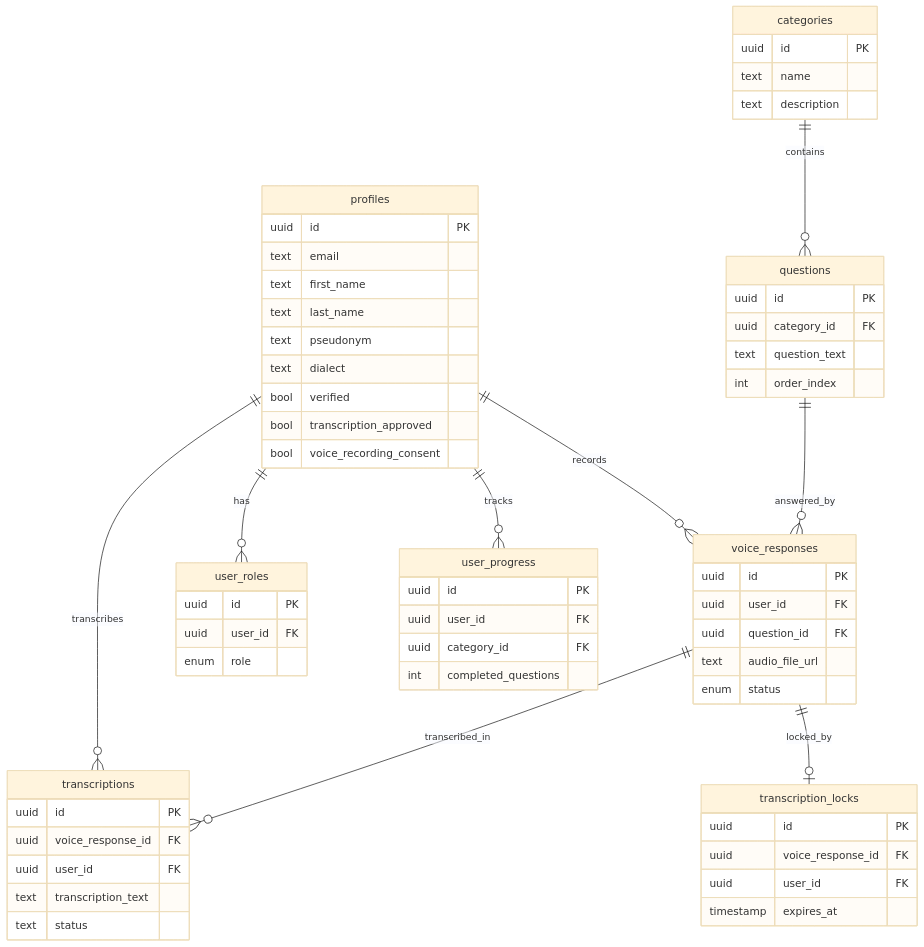
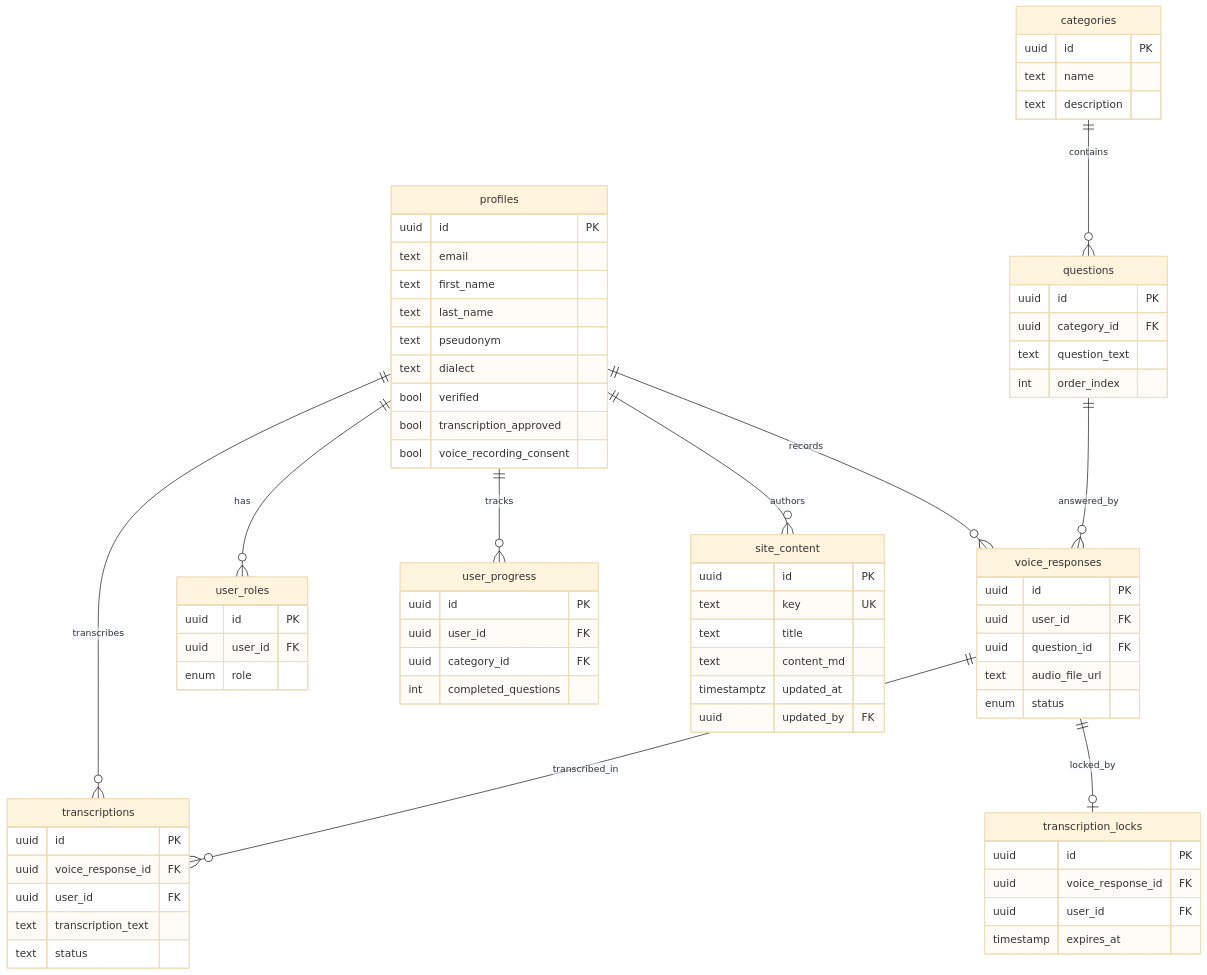
One commit to DeKUT-DSAIL/JasinaHub changed the second of 7 diagrams in README.md. Above: the diagram before and after it, drawn with Mermaid (base theme). The commit also changed other lines of this file and 13 other files, not shown here.

```diff
--- a/README.md
+++ b/README.md
@@ -351,6 +383,17 @@
   profiles ||--o{ transcriptions : "transcribes"
   profiles ||--o{ user_roles : "has"
   profiles ||--o{ user_progress : "tracks"
+
+  site_content {
+    uuid id PK
+    text key UK
+    text title
+    text content_md
+    timestamptz updated_at
+    uuid updated_by FK
+  }
+
+  profiles ||--o{ site_content : "authors"
   categories ||--o{ questions : "contains"
   questions ||--o{ voice_responses : "answered_by"
   voice_responses ||--o{ transcriptions : "transcribed_in"
```
